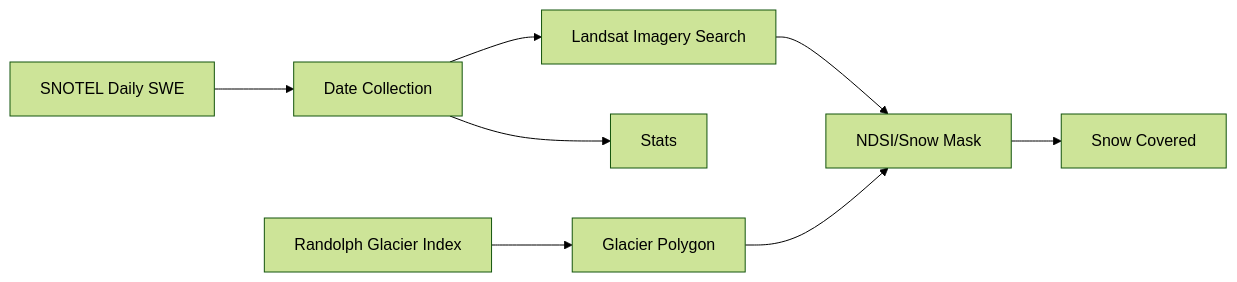
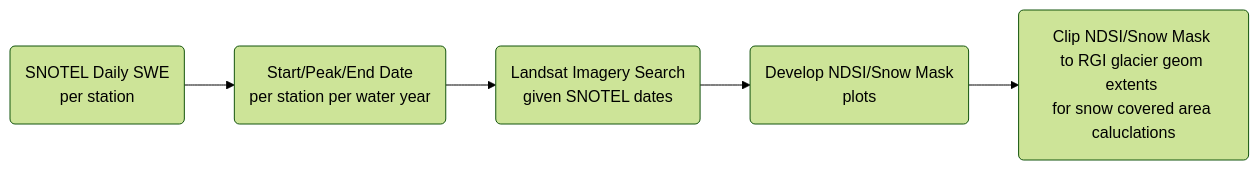
One commit to UW-GDA/Mt-Baker-Glacier-Exploration changed the diagram in README.md. Above: the diagram before and after it, drawn with Mermaid (forest theme). The commit also changed other lines of this file, not shown here.

````diff
--- a/README.md
+++ b/README.md
@@ -85,6 +57,4 @@
 ```mermaid
 flowchart LR
-A[SNOTEL Daily SWE] --> B[Date Collection] --> C[Landsat Imagery Search] --> D[NDSI/Snow Mask] --> E[Snow Covered]
-B --> H[Stats]
-F[Randolph Glacier Index] --> G[Glacier Polygon] --> D
+A(SNOTEL Daily SWE <br/>per station) --> B(Start/Peak/End Date <br/>per station per water year) --> C(Landsat Imagery Search <br/>given SNOTEL dates) --> D(Develop NDSI/Snow Mask <br/> plots) --> E(Clip NDSI/Snow Mask <br/>to RGI glacier geom extents <br/>for snow covered area caluclations)
 ```
````
